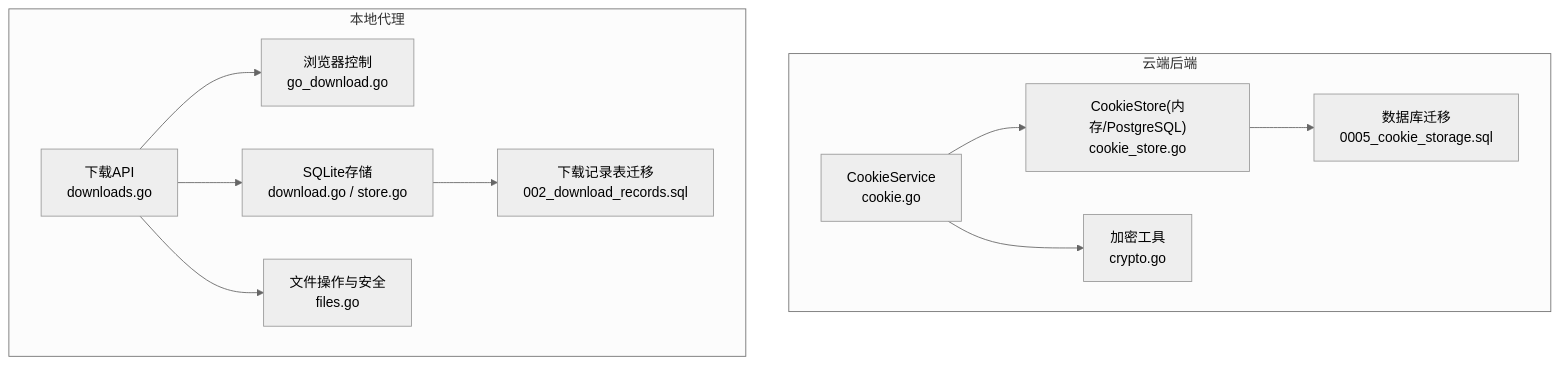
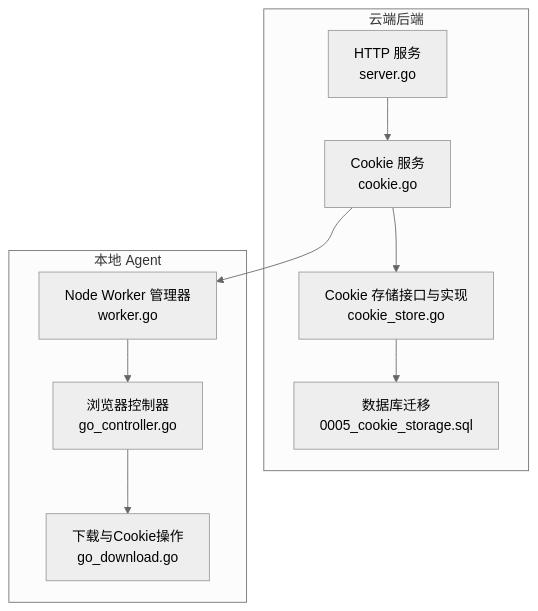
One commit to alvinwangzi/goodhr changed the first of 7 diagrams in .qoder/repowiki/zh/content/本地执行器/浏览器自动化/浏览器控制器/Cookie与下载管理.md. Above: the diagram before and after it, drawn with Mermaid (neutral theme). The commit also changed other lines of this file and 149 other files, not shown here.

````diff
--- a/.qoder/repowiki/zh/content/本地执行器/浏览器自动化/浏览器控制器/Cookie与下载管理.md
+++ b/.qoder/repowiki/zh/content/本地执行器/浏览器自动化/浏览器控制器/Cookie与下载管理.md
@@ -43,23 +40,20 @@
 ```mermaid
 graph TB
 subgraph "云端后端"
-A["CookieService<br/>cookie.go"]
-B["CookieStore(内存/PostgreSQL)<br/>cookie_store.go"]
-C["加密工具<br/>crypto.go"]
+A["HTTP 服务<br/>server.go"]
+B["Cookie 服务<br/>cookie.go"]
+C["Cookie 存储接口与实现<br/>cookie_store.go"]
 D["数据库迁移<br/>0005_cookie_storage.sql"]
 end
-subgraph "本地代理"
-E["浏览器控制<br/>go_download.go"]
-F["下载API<br/>downloads.go"]
-G["SQLite存储<br/>download.go / store.go"]
-H["文件操作与安全<br/>files.go"]
-I["下载记录表迁移<br/>002_download_records.sql"]
+subgraph "本地 Agent"
+E["浏览器控制器<br/>go_controller.go"]
+F["下载与Cookie操作<br/>go_download.go"]
+G["Node Worker 管理器<br/>worker.go"]
 end
 A --> B
-A --> C
-B --> D
-F --> E
-F --> G
-F --> H
-G --> I
+B --> C
+C --> D
+B --> G
+E --> F
+G --> E
 ```
````
